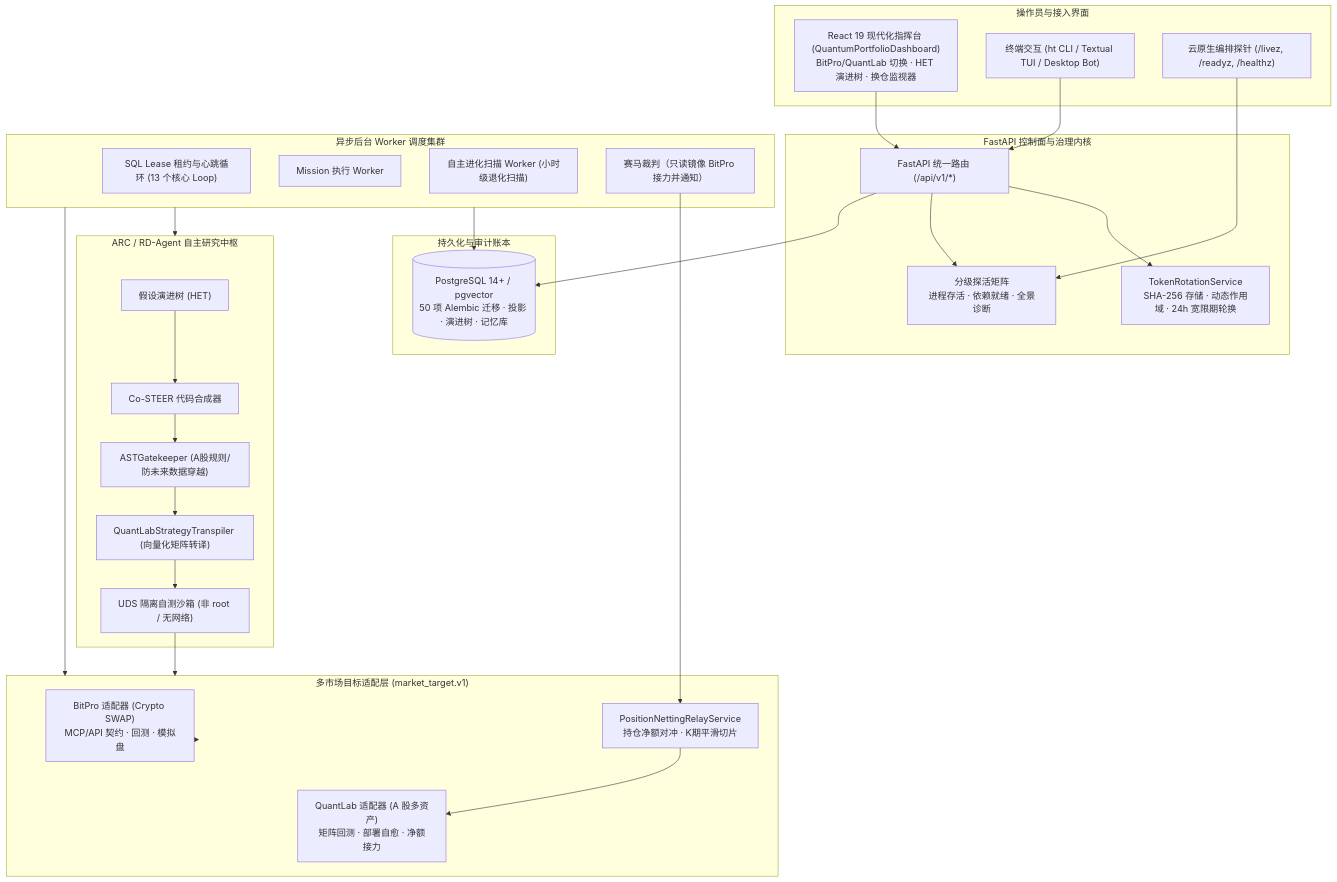
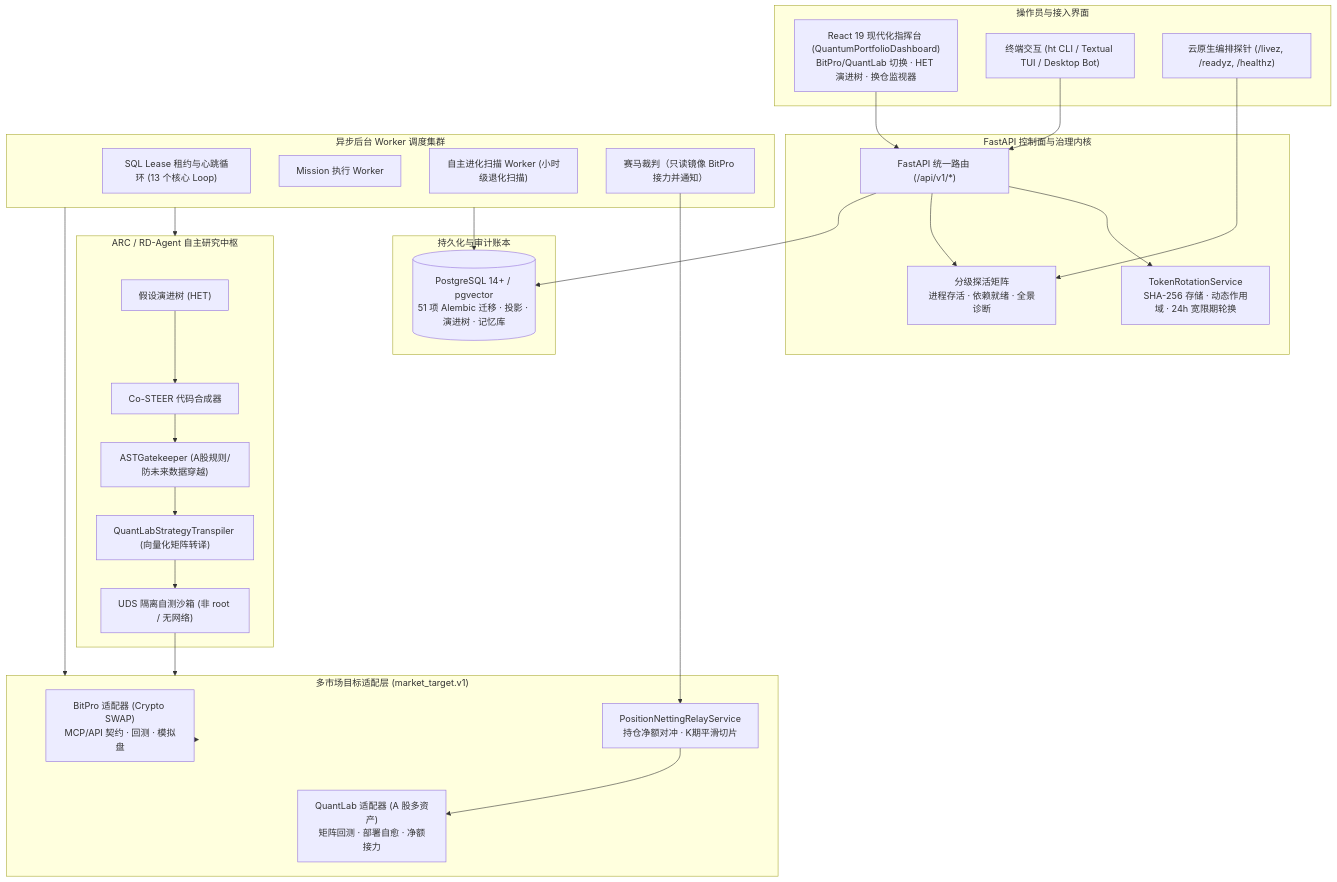
The diagram in docs/architecture/33-system-architecture.md (Shadowell/HyperTrade), drawn with Mermaid before and after one commit. The commit also changed other lines of this file and 7 other files, not shown here.

````diff
--- a/docs/architecture/33-system-architecture.md
+++ b/docs/architecture/33-system-architecture.md
@@ -50,55 +50,55 @@
 ```mermaid
 flowchart TB
   subgraph Surfaces["操作员与接入界面"]
     Web["React 19 现代化指挥台 (QuantumPortfolioDashboard)<br/>BitPro/QuantLab 切换 · HET 演进树 · 换仓监视器"]
     CLI["终端交互 (ht CLI / Textual TUI / Desktop Bot)"]
     K8s["云原生编排探针 (/livez, /readyz, /healthz)"]
   end
 
   subgraph ControlPlane["FastAPI 控制面与治理内核"]
     API["FastAPI 统一路由 (/api/v1/*)"]
     TokenManager["TokenRotationService<br/>SHA-256 存储 · 动态作用域 · 24h 宽限期轮换"]
     HealthProbes["分级探活矩阵<br/>进程存活 · 依赖就绪 · 全景诊断"]
     API --> TokenManager
     API --> HealthProbes
   end
 
   subgraph WorkerCore["异步后台 Worker 调度集群"]
     WorkerLoop["SQL Lease 租约与心跳循环 (13 个核心 Loop)"]
     MissionWorker["Mission 执行 Worker"]
     EvolutionWorker["自主进化扫描 Worker (小时级退化扫描)"]
     RaceJudgeWorker["赛马裁判（只读镜像 BitPro 接力并通知）"]
   end
 
   subgraph ResearchEngine["ARC / RD-Agent 自主研究中枢"]
     HET["假设演进树 (HET)"]
     CoSTEER["Co-STEER 代码合成器"]
     ASTGate["ASTGatekeeper (A股规则/防未来数据穿越)"]
     Transpiler["QuantLabStrategyTranspiler (向量化矩阵转译)"]
     Sandbox["UDS 隔离自测沙箱 (非 root / 无网络)"]
     
     HET --> CoSTEER --> ASTGate --> Transpiler --> Sandbox
   end
 
   subgraph TargetAdapters["多市场目标适配层 (market_target.v1)"]
     BitProAdapter["BitPro 适配器 (Crypto SWAP)<br/>MCP/API 契约 · 回测 · 模拟盘"]
     QuantLabAdapter["QuantLab 适配器 (A 股多资产)<br/>矩阵回测 · 部署自愈 · 净额接力"]
     NettingService["PositionNettingRelayService<br/>持仓净额对冲 · K期平滑切片"]
   end
 
   subgraph Persistence["持久化与审计账本"]
-    PG[("PostgreSQL 14+ / pgvector<br/>50 项 Alembic 迁移 · 投影 · 演进树 · 记忆库")]
+    PG[("PostgreSQL 14+ / pgvector<br/>51 项 Alembic 迁移 · 投影 · 演进树 · 记忆库")]
   end
 
   Web --> API
   CLI --> API
   K8s --> HealthProbes
   API --> PG
   WorkerCore --> PG
   WorkerCore --> ResearchEngine
   WorkerCore --> TargetAdapters
   Sandbox --> TargetAdapters
   RaceJudgeWorker --> NettingService --> QuantLabAdapter
   TargetAdapters --> BitProAdapter
   TargetAdapters --> QuantLabAdapter
 ```
````
